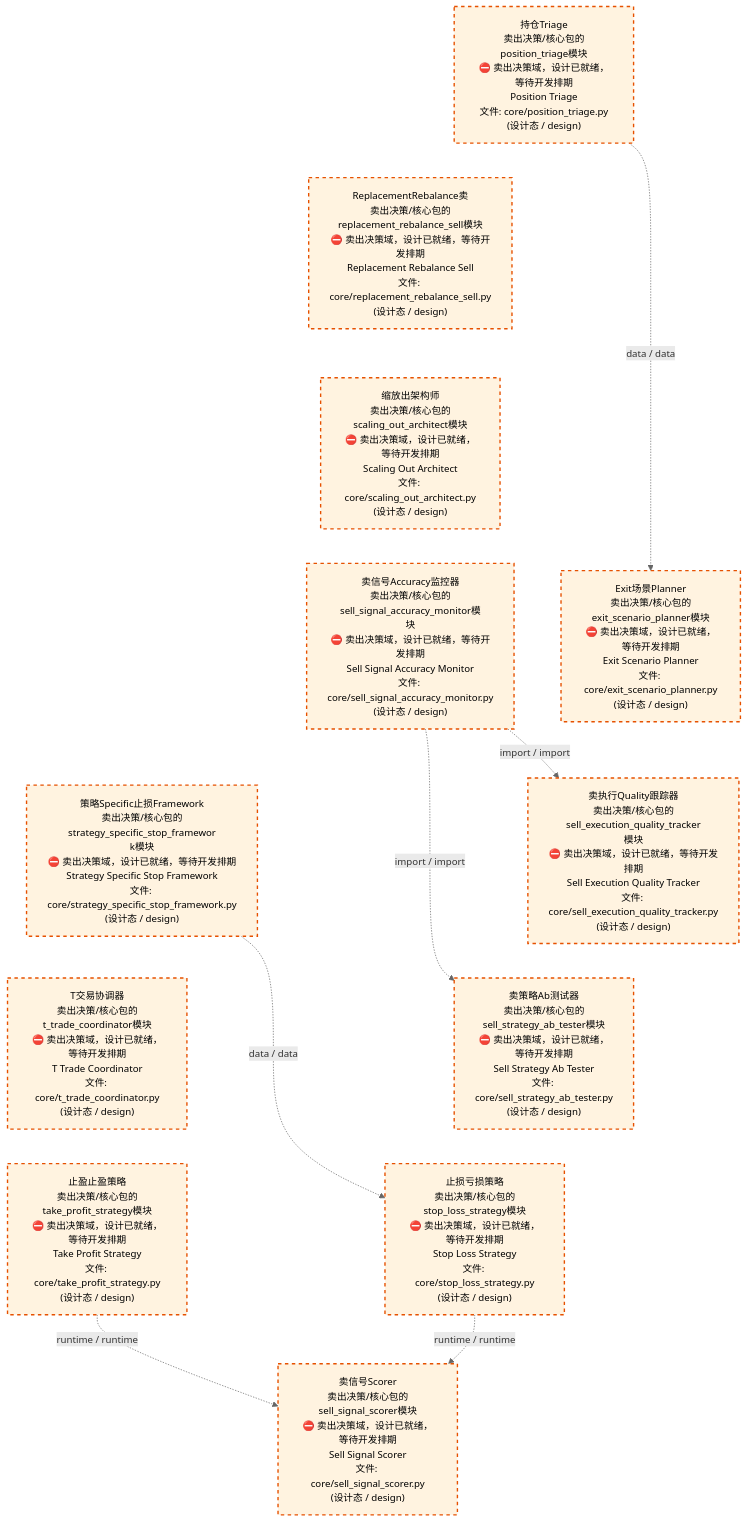
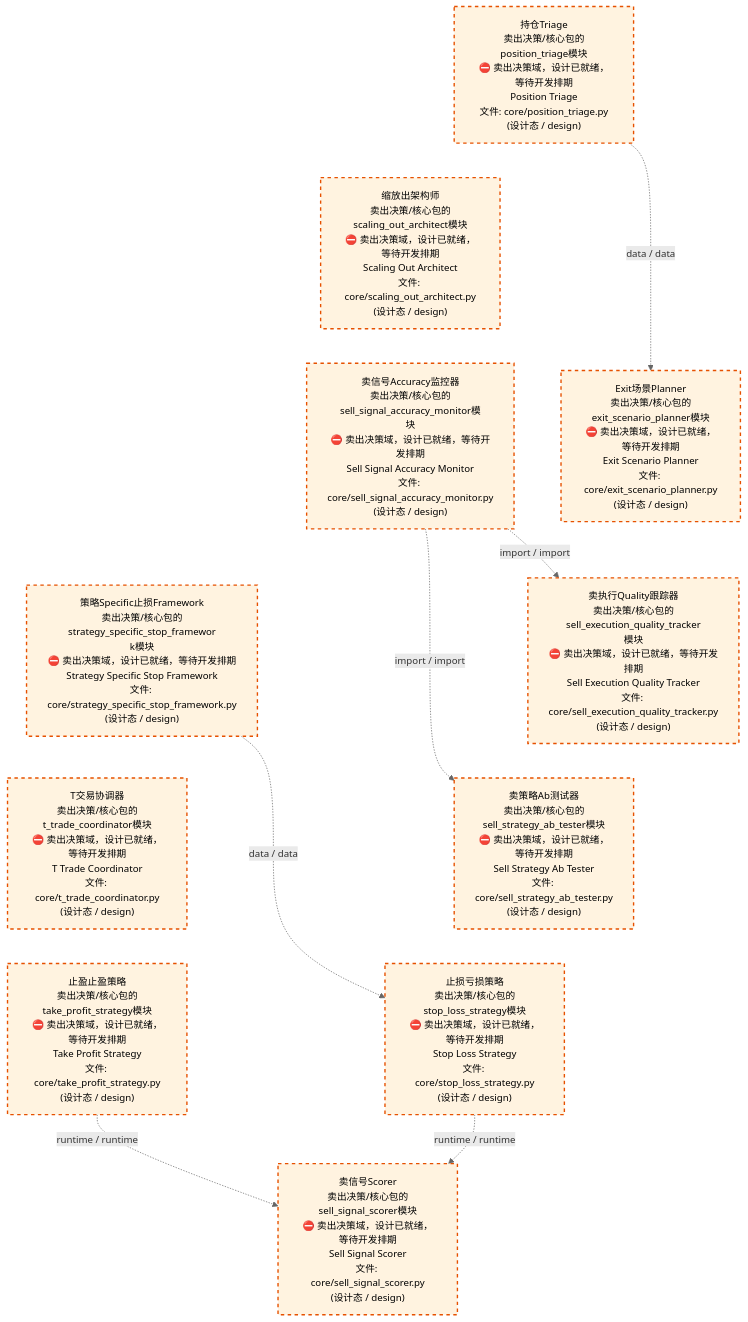
One commit to xuanFelixVan/ZephyrAlpha changed the third of 4 diagrams in docs/02_enterprise_architecture/02_domain_architecture_docs/67_d_sell_decision.md. Above: the diagram before and after it, drawn with Mermaid. The commit also changed other lines of this file and 48 other files, not shown here.

````diff
--- a/docs/02_enterprise_architecture/02_domain_architecture_docs/67_d_sell_decision.md
+++ b/docs/02_enterprise_architecture/02_domain_architecture_docs/67_d_sell_decision.md
@@ -196,36 +194,34 @@
 ```mermaid
 %%{init: {'theme': 'base', 'themeVariables': {'primaryColor': '#eaeaea', 'primaryTextColor': '#333333', 'primaryBorderColor': '#666666', 'lineColor': '#666666', 'secondaryColor': '#eaeaea', 'tertiaryColor': '#eaeaea', 'fontSize': '14px'}}}%%
 flowchart TD
     src_zephyr_sell_decision_core_position_triage_py["持仓Triage<br/>卖出决策/核心包的position_triage模块<br/>⛔ 卖出决策域，设计已就绪，等待开发排期<br/>Position Triage<br/>文件: core/position_triage.py<br/>(设计态 / design)"]
-    src_zephyr_sell_decision_core_replacement_rebalance_sell_py["ReplacementRebalance卖<br/>卖出决策/核心包的replacement_rebalance_sell模块<br/>⛔ 卖出决策域，设计已就绪，等待开发排期<br/>Replacement Rebalance Sell<br/>文件: core/replacement_rebalance_sell.py<br/>(设计态 / design)"]
     src_zephyr_sell_decision_core_scaling_out_architect_py["缩放出架构师<br/>卖出决策/核心包的scaling_out_architect模块<br/>⛔ 卖出决策域，设计已就绪，等待开发排期<br/>Scaling Out Architect<br/>文件: core/scaling_out_architect.py<br/>(设计态 / design)"]
     src_zephyr_sell_decision_core_sell_signal_accuracy_monitor_py["卖信号Accuracy监控器<br/>卖出决策/核心包的sell_signal_accuracy_monitor模<br/>块<br/>⛔ 卖出决策域，设计已就绪，等待开发排期<br/>Sell Signal Accuracy Monitor<br/>文件: core/sell_signal_accuracy_monitor.py<br/>(设计态 / design)"]
     src_zephyr_sell_decision_core_strategy_specific_stop_framework_py["策略Specific止损Framework<br/>卖出决策/核心包的strategy_specific_stop_framewor<br/>k模块<br/>⛔ 卖出决策域，设计已就绪，等待开发排期<br/>Strategy Specific Stop Framework<br/>文件: core/strategy_specific_stop_framework.py<br/>(设计态 / design)"]
     src_zephyr_sell_decision_core_t_trade_coordinator_py["T交易协调器<br/>卖出决策/核心包的t_trade_coordinator模块<br/>⛔ 卖出决策域，设计已就绪，等待开发排期<br/>T Trade Coordinator<br/>文件: core/t_trade_coordinator.py<br/>(设计态 / design)"]
     src_zephyr_sell_decision_core_take_profit_strategy_py["止盈止盈策略<br/>卖出决策/核心包的take_profit_strategy模块<br/>⛔ 卖出决策域，设计已就绪，等待开发排期<br/>Take Profit Strategy<br/>文件: core/take_profit_strategy.py<br/>(设计态 / design)"]
-    src_zephyr_sell_decision_core_position_triage_py ~~~ src_zephyr_sell_decision_core_replacement_rebalance_sell_py
-    src_zephyr_sell_decision_core_replacement_rebalance_sell_py ~~~ src_zephyr_sell_decision_core_scaling_out_architect_py
+    src_zephyr_sell_decision_core_position_triage_py ~~~ src_zephyr_sell_decision_core_scaling_out_architect_py
     src_zephyr_sell_decision_core_scaling_out_architect_py ~~~ src_zephyr_sell_decision_core_sell_signal_accuracy_monitor_py
     src_zephyr_sell_decision_core_sell_signal_accuracy_monitor_py ~~~ src_zephyr_sell_decision_core_strategy_specific_stop_framework_py
     src_zephyr_sell_decision_core_strategy_specific_stop_framework_py ~~~ src_zephyr_sell_decision_core_t_trade_coordinator_py
     src_zephyr_sell_decision_core_t_trade_coordinator_py ~~~ src_zephyr_sell_decision_core_take_profit_strategy_py
     src_zephyr_sell_decision_core_exit_scenario_planner_py["Exit场景Planner<br/>卖出决策/核心包的exit_scenario_planner模块<br/>⛔ 卖出决策域，设计已就绪，等待开发排期<br/>Exit Scenario Planner<br/>文件: core/exit_scenario_planner.py<br/>(设计态 / design)"]
     src_zephyr_sell_decision_core_sell_execution_quality_tracker_py["卖执行Quality跟踪器<br/>卖出决策/核心包的sell_execution_quality_tracker<br/>模块<br/>⛔ 卖出决策域，设计已就绪，等待开发排期<br/>Sell Execution Quality Tracker<br/>文件: core/sell_execution_quality_tracker.py<br/>(设计态 / design)"]
     src_zephyr_sell_decision_core_sell_strategy_ab_tester_py["卖策略Ab测试器<br/>卖出决策/核心包的sell_strategy_ab_tester模块<br/>⛔ 卖出决策域，设计已就绪，等待开发排期<br/>Sell Strategy Ab Tester<br/>文件: core/sell_strategy_ab_tester.py<br/>(设计态 / design)"]
     src_zephyr_sell_decision_core_stop_loss_strategy_py["止损亏损策略<br/>卖出决策/核心包的stop_loss_strategy模块<br/>⛔ 卖出决策域，设计已就绪，等待开发排期<br/>Stop Loss Strategy<br/>文件: core/stop_loss_strategy.py<br/>(设计态 / design)"]
     src_zephyr_sell_decision_core_exit_scenario_planner_py ~~~ src_zephyr_sell_decision_core_sell_execution_quality_tracker_py
     src_zephyr_sell_decision_core_sell_execution_quality_tracker_py ~~~ src_zephyr_sell_decision_core_sell_strategy_ab_tester_py
     src_zephyr_sell_decision_core_sell_strategy_ab_tester_py ~~~ src_zephyr_sell_decision_core_stop_loss_strategy_py
     src_zephyr_sell_decision_core_sell_signal_scorer_py["卖信号Scorer<br/>卖出决策/核心包的sell_signal_scorer模块<br/>⛔ 卖出决策域，设计已就绪，等待开发排期<br/>Sell Signal Scorer<br/>文件: core/sell_signal_scorer.py<br/>(设计态 / design)"]
     src_zephyr_sell_decision_core_position_triage_py -.->|data / data| src_zephyr_sell_decision_core_exit_scenario_planner_py
     src_zephyr_sell_decision_core_take_profit_strategy_py -.->|runtime / runtime| src_zephyr_sell_decision_core_sell_signal_scorer_py
     src_zephyr_sell_decision_core_stop_loss_strategy_py -.->|runtime / runtime| src_zephyr_sell_decision_core_sell_signal_scorer_py
     src_zephyr_sell_decision_core_strategy_specific_stop_framework_py -.->|data / data| src_zephyr_sell_decision_core_stop_loss_strategy_py
     src_zephyr_sell_decision_core_sell_signal_accuracy_monitor_py -.->|import / import| src_zephyr_sell_decision_core_sell_strategy_ab_tester_py
     src_zephyr_sell_decision_core_sell_signal_accuracy_monitor_py -.->|import / import| src_zephyr_sell_decision_core_sell_execution_quality_tracker_py
     classDef production fill:#e1f5fe,stroke:#01579b,stroke-width:2px,color:#000
     classDef design fill:#fff3e0,stroke:#e65100,stroke-width:2px,color:#000,stroke-dasharray: 5 5
     classDef external_prod fill:#e8f4fd,stroke:#0277bd,stroke-width:1px,color:#000
     classDef external_design fill:#fff8e7,stroke:#ef6c00,stroke-width:1px,color:#000,stroke-dasharray: 5 5
-    class src_zephyr_sell_decision_core_exit_scenario_planner_py,src_zephyr_sell_decision_core_position_triage_py,src_zephyr_sell_decision_core_replacement_rebalance_sell_py,src_zephyr_sell_decision_core_scaling_out_architect_py,src_zephyr_sell_decision_core_sell_execution_quality_tracker_py,src_zephyr_sell_decision_core_sell_signal_accuracy_monitor_py,src_zephyr_sell_decision_core_sell_signal_scorer_py,src_zephyr_sell_decision_core_sell_strategy_ab_tester_py,src_zephyr_sell_decision_core_stop_loss_strategy_py,src_zephyr_sell_decision_core_strategy_specific_stop_framework_py,src_zephyr_sell_decision_core_t_trade_coordinator_py,src_zephyr_sell_decision_core_take_profit_strategy_py design
+    class src_zephyr_sell_decision_core_exit_scenario_planner_py,src_zephyr_sell_decision_core_position_triage_py,src_zephyr_sell_decision_core_scaling_out_architect_py,src_zephyr_sell_decision_core_sell_execution_quality_tracker_py,src_zephyr_sell_decision_core_sell_signal_accuracy_monitor_py,src_zephyr_sell_decision_core_sell_signal_scorer_py,src_zephyr_sell_decision_core_sell_strategy_ab_tester_py,src_zephyr_sell_decision_core_stop_loss_strategy_py,src_zephyr_sell_decision_core_strategy_specific_stop_framework_py,src_zephyr_sell_decision_core_t_trade_coordinator_py,src_zephyr_sell_decision_core_take_profit_strategy_py design
 ```
````
